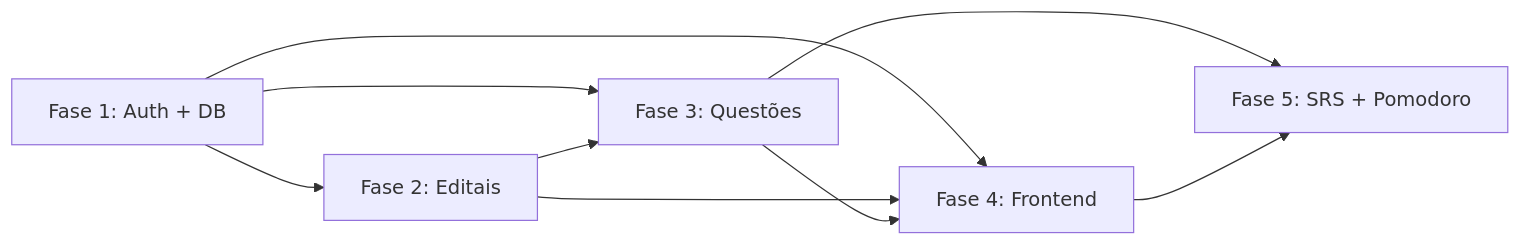
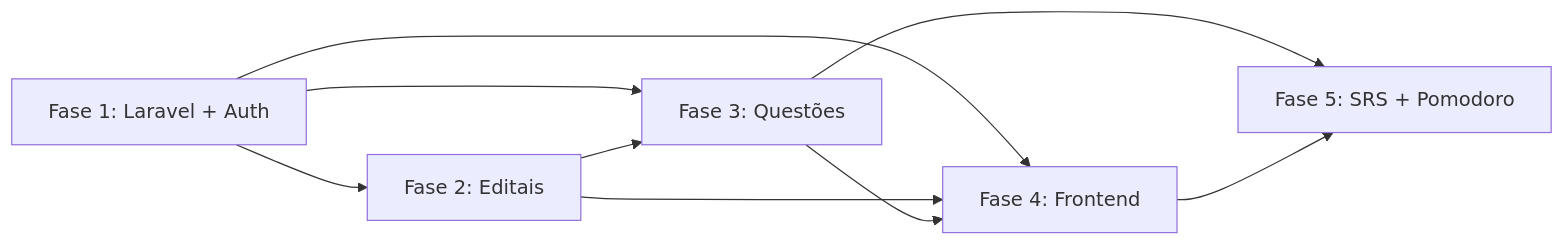
The diagram in docs/05-planejamento.md (pwviptbl/QuestForge), drawn with Mermaid before and after one commit. The commit also changed other lines of this file and 5 other files, not shown here.

````diff
--- a/docs/05-planejamento.md
+++ b/docs/05-planejamento.md
@@ -204,11 +222,11 @@
 ```mermaid
 graph LR
-    F1[Fase 1: Auth + DB] --> F2[Fase 2: Editais]
+    F1[Fase 1: Laravel + Auth] --> F2[Fase 2: Editais]
     F1 --> F3[Fase 3: Questões]
     F2 --> F3
     F1 --> F4[Fase 4: Frontend]
     F2 --> F4
     F3 --> F4
     F3 --> F5[Fase 5: SRS + Pomodoro]
     F4 --> F5
 ```
````
